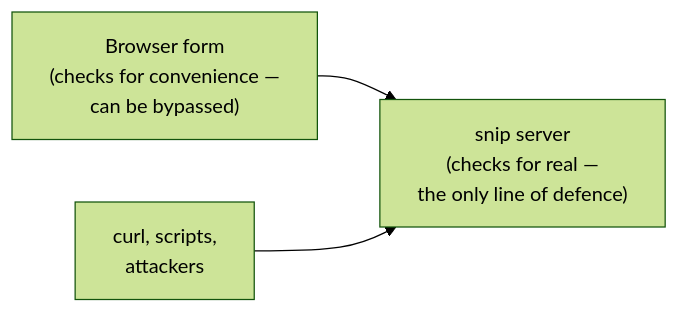
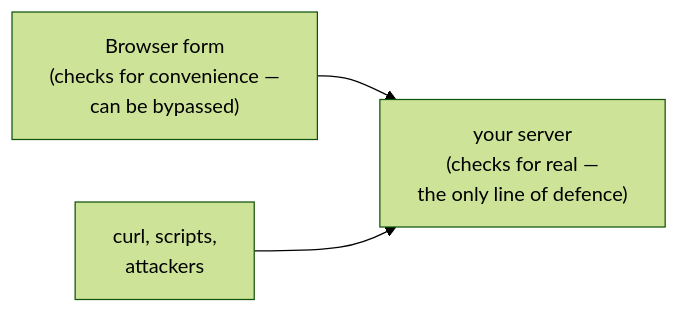
The first of 2 diagrams in docs/apis/validation-errors-status-codes.mdx (jawwadzafar/zero-to-prod), drawn with Mermaid (forest theme) before and after one commit. The commit also changed other lines of this file, not shown here.

Commit message:
docs: 5.3 teaches the four validation layers, one error shape and the 500-says-nothing rule on the runnable to-do API (examples/tasks); adds path-parameter validation, character vs byte counting, 400 vs 422, field-level errors and a status-code map; snip's handlers move to 'Apply it to snip'

````diff
--- a/docs/apis/validation-errors-status-codes.mdx
+++ b/docs/apis/validation-errors-status-codes.mdx
@@ -25,5 +25,5 @@
 ```mermaid
 flowchart LR
     B["Browser form<br/>(checks for convenience —<br/>can be bypassed)"] --> S
-    C["curl, scripts,<br/>attackers"] --> S["snip server<br/>(checks for real —<br/>the only line of defence)"]
+    C["curl, scripts,<br/>attackers"] --> S["your server<br/>(checks for real —<br/>the only line of defence)"]
 ```
````
